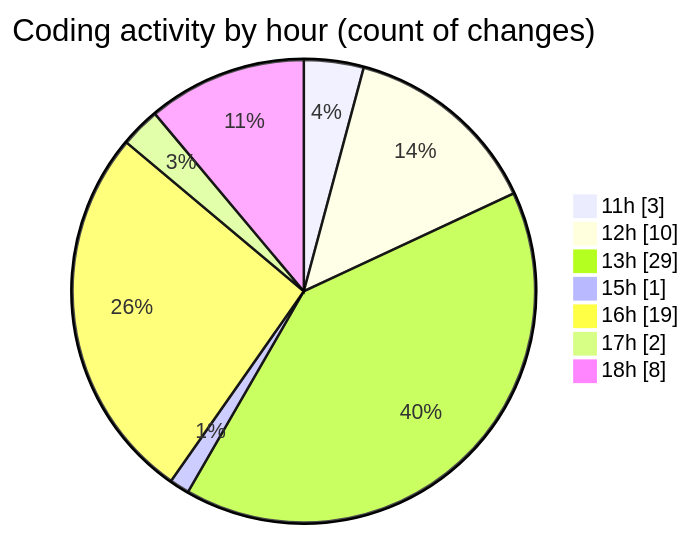
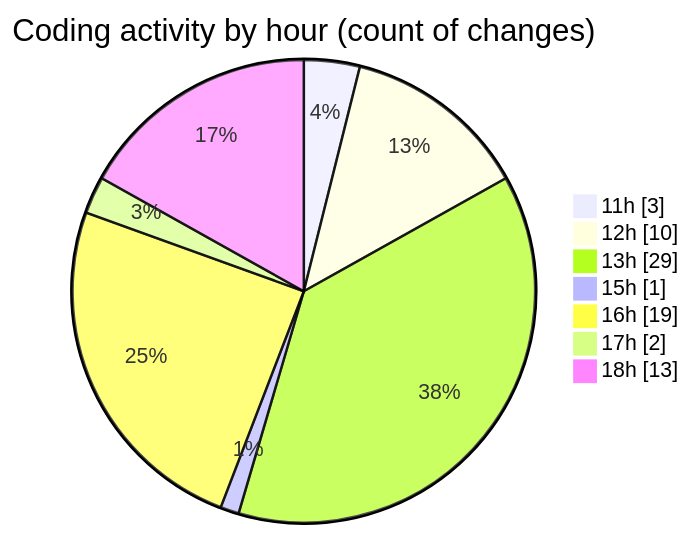
One commit to nxtqubesakshisongat/code-tracking changed the second of 2 diagrams in 2025-09-09/nxtqube_webapp/README.md. Above: the diagram before and after it, drawn with Mermaid. The commit also changed other lines of this file and 1 other file, not shown here.

````diff
--- a/2025-09-09/nxtqube_webapp/README.md
+++ b/2025-09-09/nxtqube_webapp/README.md
@@ -30,11 +30,11 @@
 ```mermaid
 pie showData
 title Coding activity by hour (count of changes)
 "11h" : 3
 "12h" : 10
 "13h" : 29
 "15h" : 1
 "16h" : 19
 "17h" : 2
-"18h" : 8
+"18h" : 13
 ```
````
